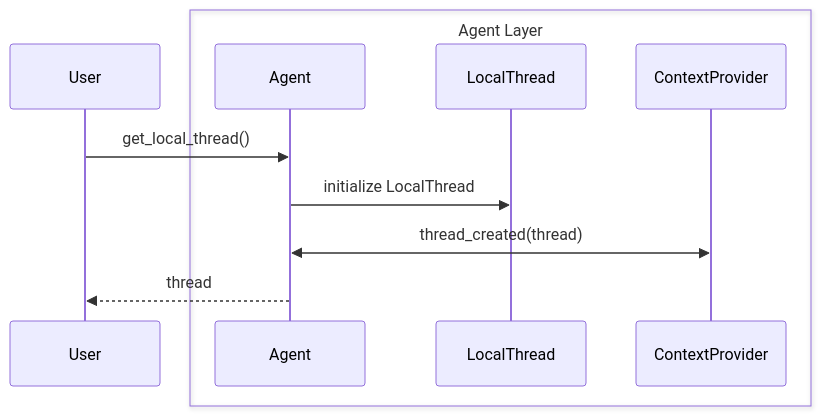
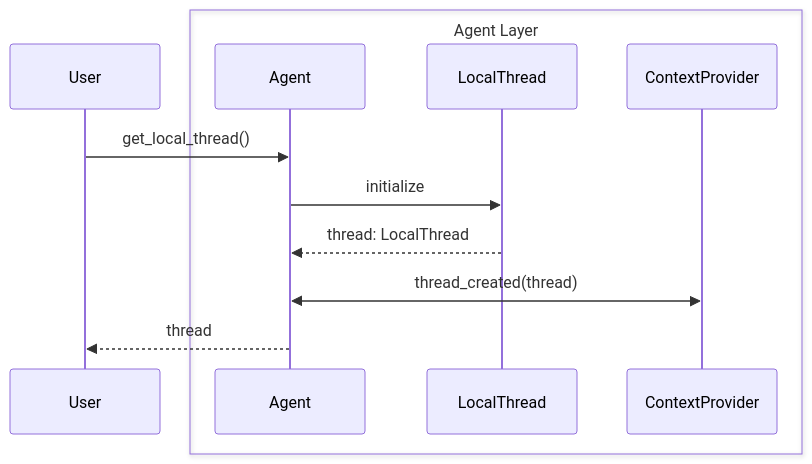
One commit to microsoft/agent-framework changed the third of 7 diagrams in docs/decisions/00XX-python-agent-threads.md. Above: the diagram before and after it, drawn with Mermaid. The commit also changed other lines of this file, not shown here.

Commit message:
udpated create flows

````diff
--- a/docs/decisions/00XX-python-agent-threads.md
+++ b/docs/decisions/00XX-python-agent-threads.md
@@ -147,15 +147,16 @@
 ```mermaid
 sequenceDiagram
         participant User
     box Agent Layer
         participant Agent
         participant LocalThread
         participant ContextProvider
     end
 
 
     User->>Agent: get_local_thread()
-    Agent->>LocalThread: initialize LocalThread
+    Agent->>LocalThread: initialize
+    LocalThread-->>Agent: thread: LocalThread
     Agent<<->>ContextProvider: thread_created(thread)
     Agent-->>User: thread
 ```
````
